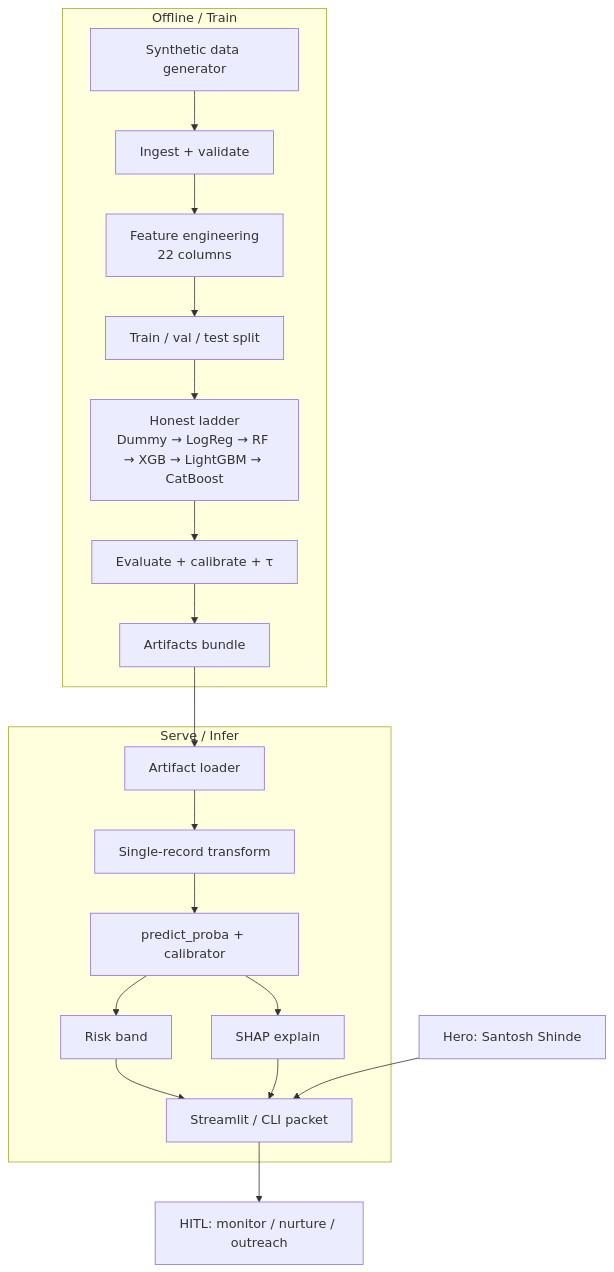
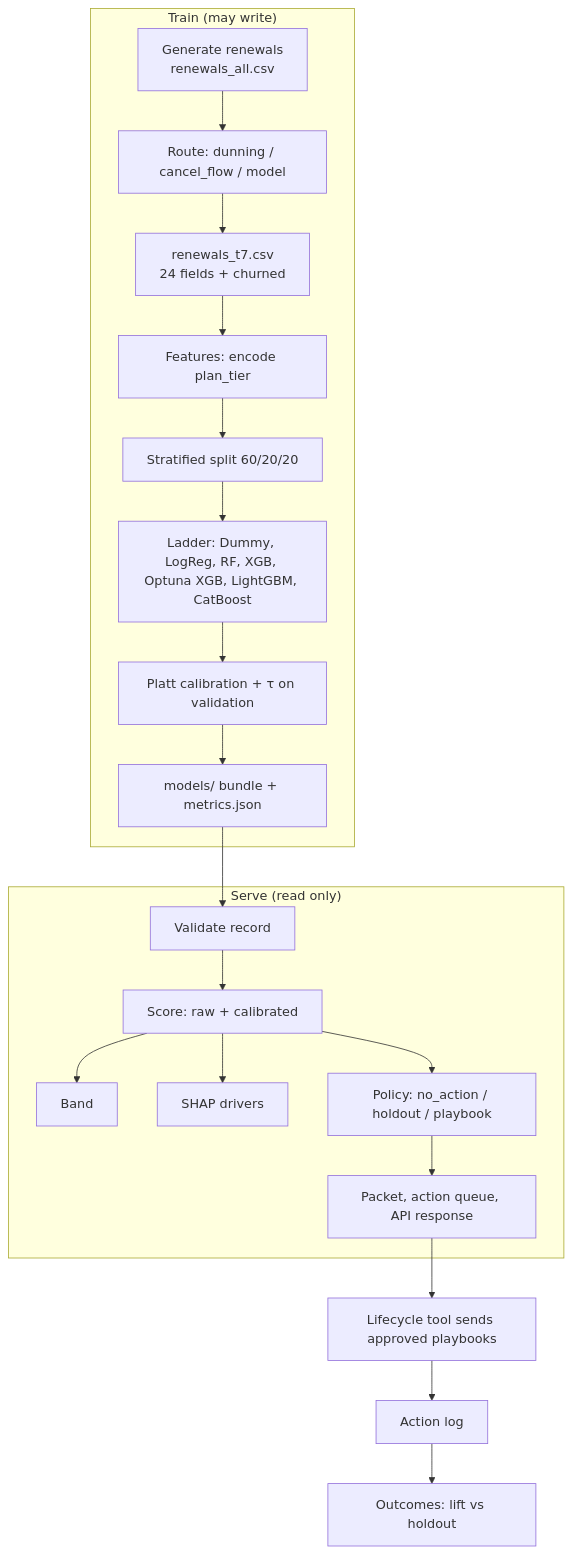
Before and after one commit to santoshshinde2012/retention-radar: the diagram in docs/architecture.md, drawn with Mermaid. The commit also changed other lines of this file and 129 other files, not shown here.

````diff
--- a/docs/architecture.md
+++ b/docs/architecture.md
@@ -14,24 +12,25 @@
 ```mermaid
 flowchart TB
-  subgraph offline ["Offline / Train"]
-    A["Synthetic data generator"] --> B["Ingest + validate"]
-    B --> C["Feature engineering<br/>22 columns"]
-    C --> D["Train / val / test split"]
-    D --> E["Honest ladder<br/>Dummy → LogReg → RF → XGB → LightGBM → CatBoost"]
-    E --> F["Evaluate + calibrate + τ"]
-    F --> G["Artifacts bundle"]
+  subgraph offline ["Train (may write)"]
+    A["Generate renewals<br/>renewals_all.csv"] --> R["Route: dunning / cancel_flow / model"]
+    R --> B["renewals_t7.csv<br/>24 fields + churned"]
+    B --> C["Features: encode plan_tier"]
+    C --> D["Stratified split 60/20/20"]
+    D --> E["Ladder: Dummy, LogReg, RF, XGB, Optuna XGB, LightGBM, CatBoost"]
+    E --> F["Platt calibration + τ on validation"]
+    F --> G["models/ bundle + metrics.json"]
   end
 
-  subgraph online ["Serve / Infer"]
-    G --> H["Artifact loader"]
-    H --> I["Single-record transform"]
-    I --> J["predict_proba + calibrator"]
-    J --> K["Risk band"]
-    J --> L["SHAP explain"]
-    K --> M["Streamlit / CLI packet"]
-    L --> M
+  subgraph online ["Serve (read only)"]
+    G --> H["Validate record"]
+    H --> I["Score: raw + calibrated"]
+    I --> K["Band"]
+    I --> L["SHAP drivers"]
+    I --> P["Policy: no_action / holdout / playbook"]
+    P --> Q["Packet, action queue, API response"]
   end
 
-  N["Hero: Santosh Shinde"] --> M
-  M --> O["HITL: monitor / nurture / outreach"]
+  Q --> T["Lifecycle tool sends approved playbooks"]
+  T --> U["Action log"]
+  U --> V["Outcomes: lift vs holdout"]
 ```
````
